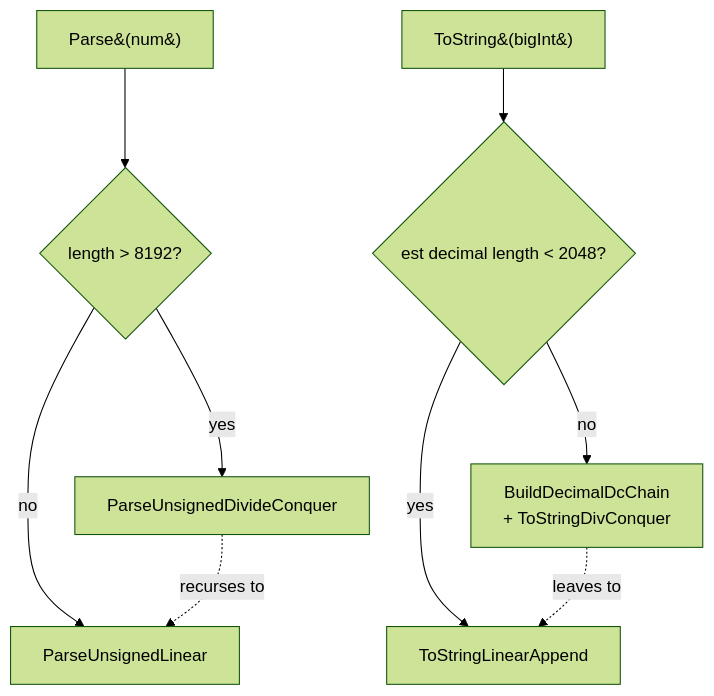
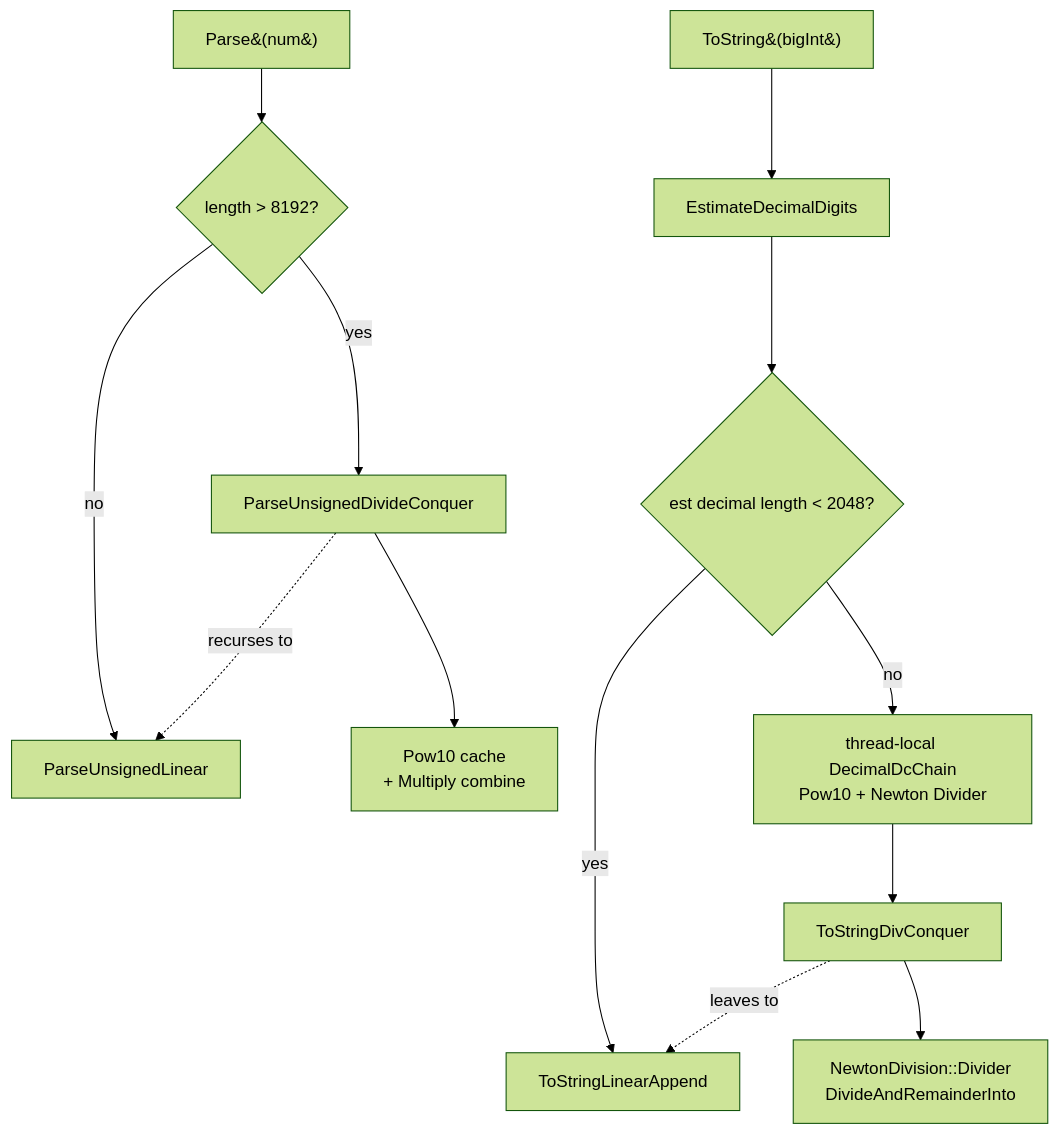
The diagram in docs/STRING_CONVERSION.md (mmurshed/biginteger), drawn with Mermaid (forest theme) before and after one commit. The commit also changed other lines of this file and 4 other files, not shown here.

````diff
--- a/docs/STRING_CONVERSION.md
+++ b/docs/STRING_CONVERSION.md
@@ -367,12 +367,16 @@
 ```mermaid
 flowchart TD
     P[Parse&#40;num&#41;] --> P2{length &gt; 8192?}
     P2 -- no --> PL[ParseUnsignedLinear]
     P2 -- yes --> PD[ParseUnsignedDivideConquer]
+    PD --> PP[Pow10 cache<br/>+ Multiply combine]
     PD -. recurses to .-> PL
 
-    T[ToString&#40;bigInt&#41;] --> T2{est decimal length &lt; 2048?}
+    T[ToString&#40;bigInt&#41;] --> TE[EstimateDecimalDigits]
+    TE --> T2{est decimal length &lt; 2048?}
     T2 -- yes --> TL[ToStringLinearAppend]
-    T2 -- no --> TC[BuildDecimalDcChain<br/>+ ToStringDivConquer]
-    TC -. leaves to .-> TL
+    T2 -- no --> TC[thread-local DecimalDcChain<br/>Pow10 + Newton Divider]
+    TC --> TD[ToStringDivConquer]
+    TD --> NV[NewtonDivision::Divider<br/>DivideAndRemainderInto]
+    TD -. leaves to .-> TL
 ```
````
